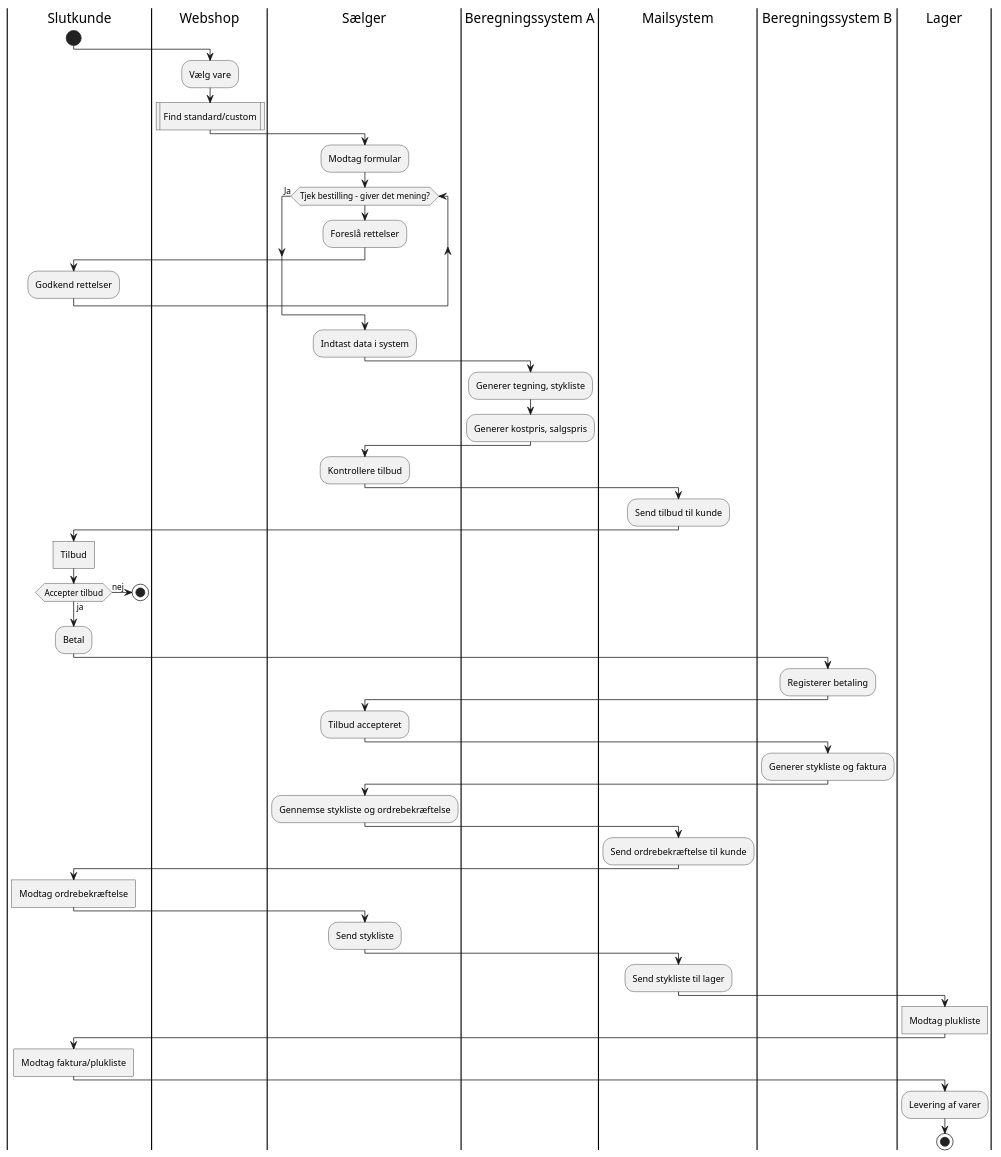
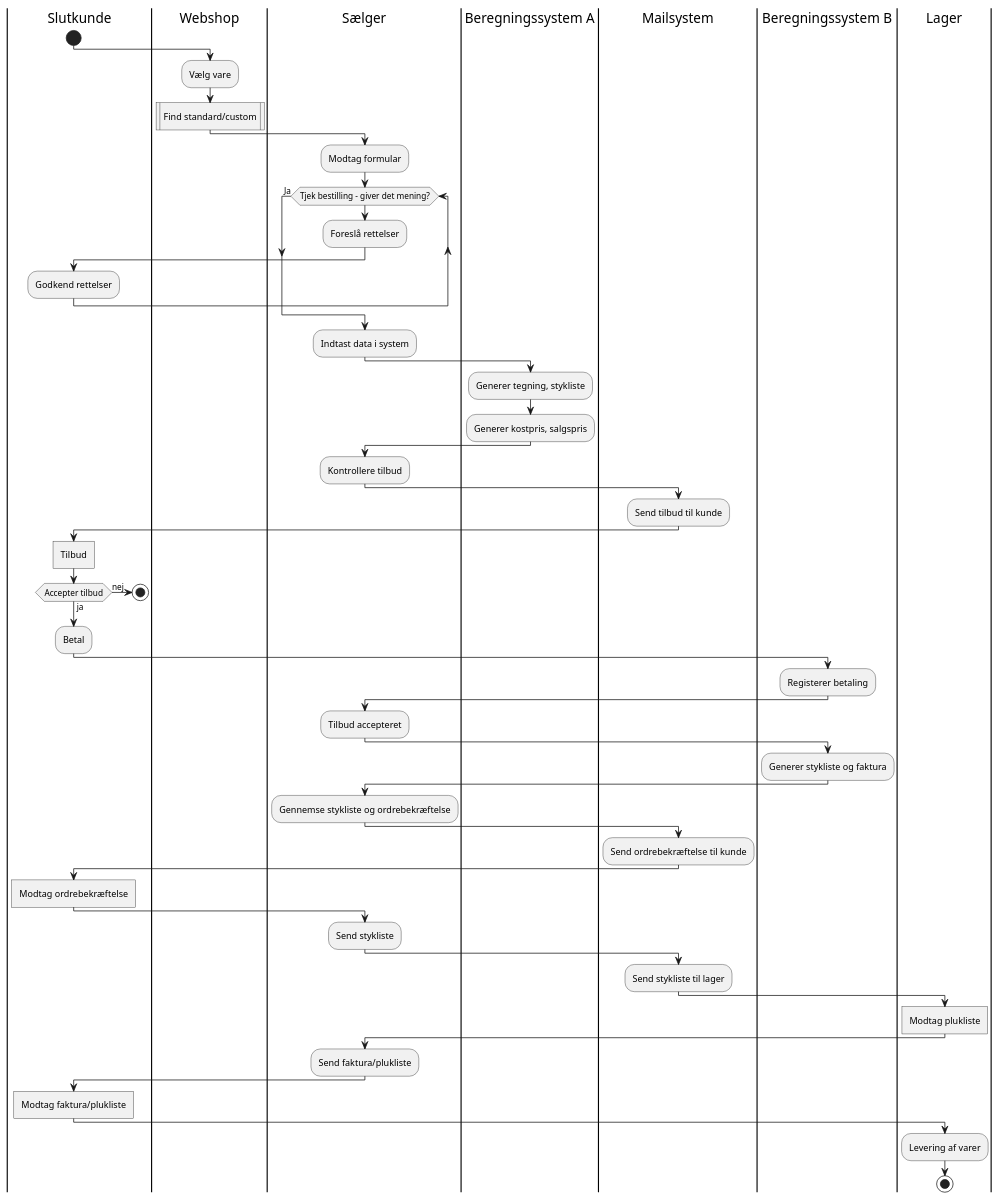
The diagram in docs/Activity diagrams/aktivitetsdiagram-asis.puml (mridrisisci/fog-projekt), drawn with PlantUML before and after one commit.

```diff
--- a/docs/Activity diagrams/aktivitetsdiagram-asis.puml
+++ b/docs/Activity diagrams/aktivitetsdiagram-asis.puml
@@ -1,60 +1,62 @@
 @startuml
 'https://plantuml.com/activity-diagram-beta
 
 |Slutkunde|
 start
 |Webshop|
 :Vælg vare;
 :Find standard/custom|
 |Sælger|
 :Modtag formular;
 while (Tjek bestilling - giver det mening?)
   |Sælger|
   :Foreslå rettelser;
   |Slutkunde|
   :Godkend rettelser;
 endwhile (Ja)
 
 |Sælger|
 :Indtast data i system;
 |Beregningssystem A|
 :Generer tegning, stykliste;
 :Generer kostpris, salgspris;
 |Sælger|
 :Kontrollere tilbud;
 |Mailsystem|
 :Send tilbud til kunde;
 |Slutkunde|
 :Tilbud; <<task>>
 
 if (Accepter tilbud) then (nej)
   stop
 else (ja)
 endif
 :Betal;
 |Beregningssystem B|
 :Registerer betaling;
 |Sælger|
 :Tilbud accepteret;
 |Beregningssystem B|
 :Generer stykliste og faktura;
 |Sælger|
 :Gennemse stykliste og ordrebekræftelse;
 |Mailsystem|
 :Send ordrebekræftelse til kunde;
 |Slutkunde|
 :Modtag ordrebekræftelse; <<task>>
 |Sælger|
 :Send stykliste;
 |Mailsystem|
 :Send stykliste til lager;
 |Lager|
 :Modtag plukliste; <<task>>
+|Sælger|
+:Send faktura/plukliste;
 |Slutkunde|
 :Modtag faktura/plukliste; <<task>>
 |Lager|
 :Levering af varer;
 stop
 
 
 @enduml
```
